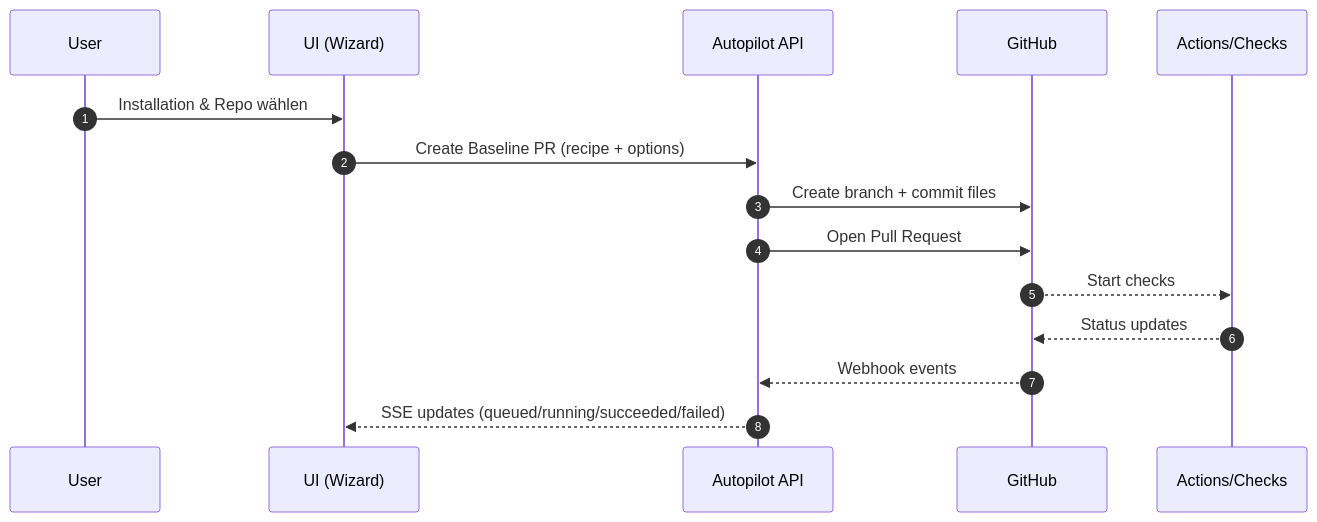
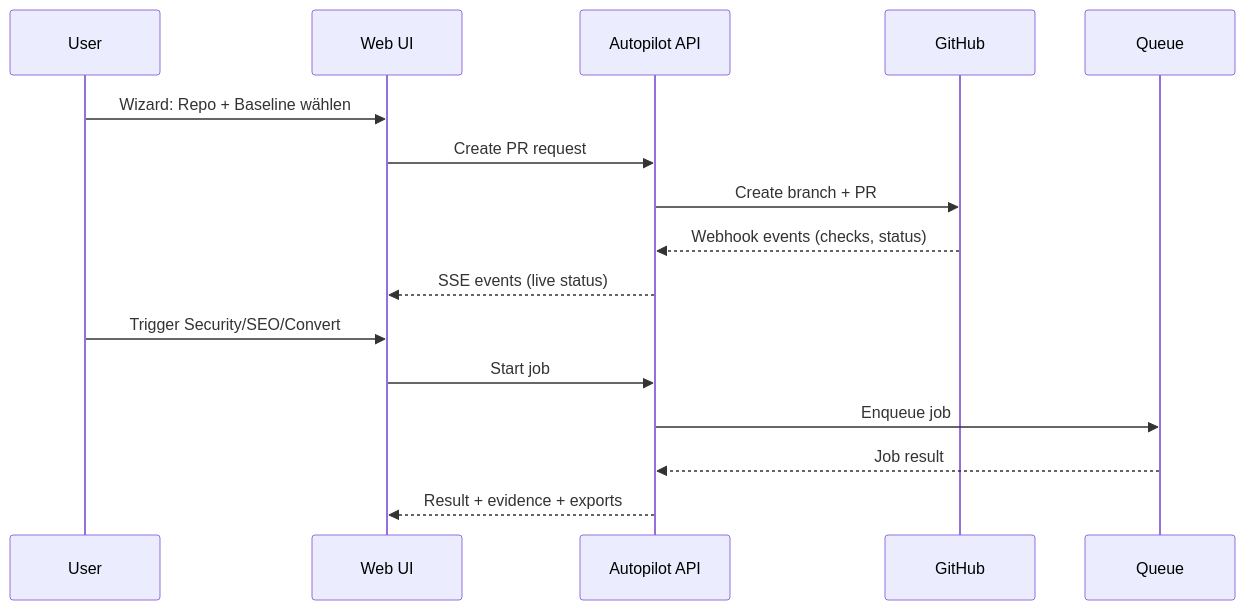
Before and after one commit to imbalabs/.github: the second of 2 diagrams in profile/readme.md, drawn with Mermaid. The commit also changed other lines of this file, not shown here.

````diff
--- a/profile/readme.md
+++ b/profile/readme.md
@@ -160,18 +136,20 @@
 ```mermaid
 sequenceDiagram
-  autonumber
   participant User
-  participant UI as UI (Wizard)
+  participant UI as Web UI
   participant API as Autopilot API
   participant GH as GitHub
-  participant CI as Actions/Checks
+  participant Q as Queue
 
-  User->>UI: Installation & Repo wählen
-  UI->>API: Create Baseline PR (recipe + options)
-  API->>GH: Create branch + commit files
-  API->>GH: Open Pull Request
-  GH-->>CI: Start checks
-  CI-->>GH: Status updates
-  GH-->>API: Webhook events
-  API-->>UI: SSE updates (queued/running/succeeded/failed)
+  User->>UI: Wizard: Repo + Baseline wählen
+  UI->>API: Create PR request
+  API->>GH: Create branch + PR
+  GH-->>API: Webhook events (checks, status)
+  API-->>UI: SSE events (live status)
+
+  User->>UI: Trigger Security/SEO/Convert
+  UI->>API: Start job
+  API->>Q: Enqueue job
+  Q-->>API: Job result
+  API-->>UI: Result + evidence + exports
 ```
````
